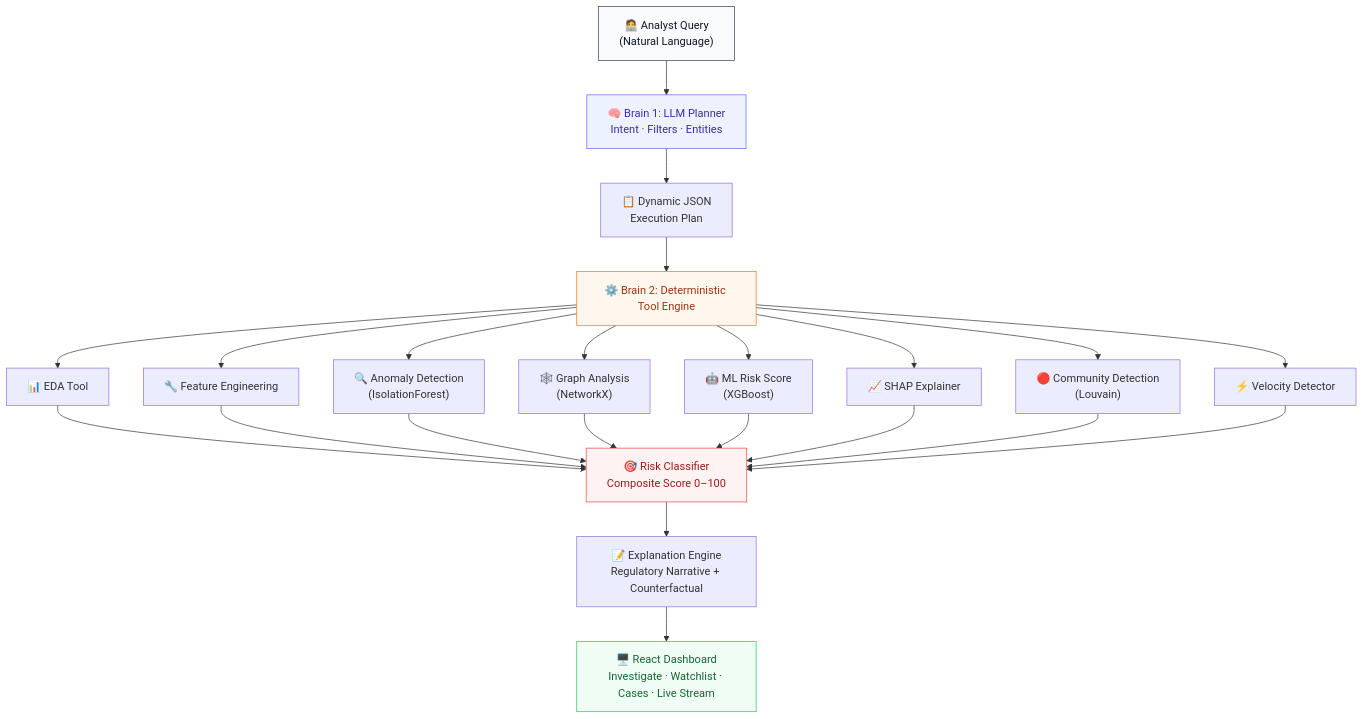
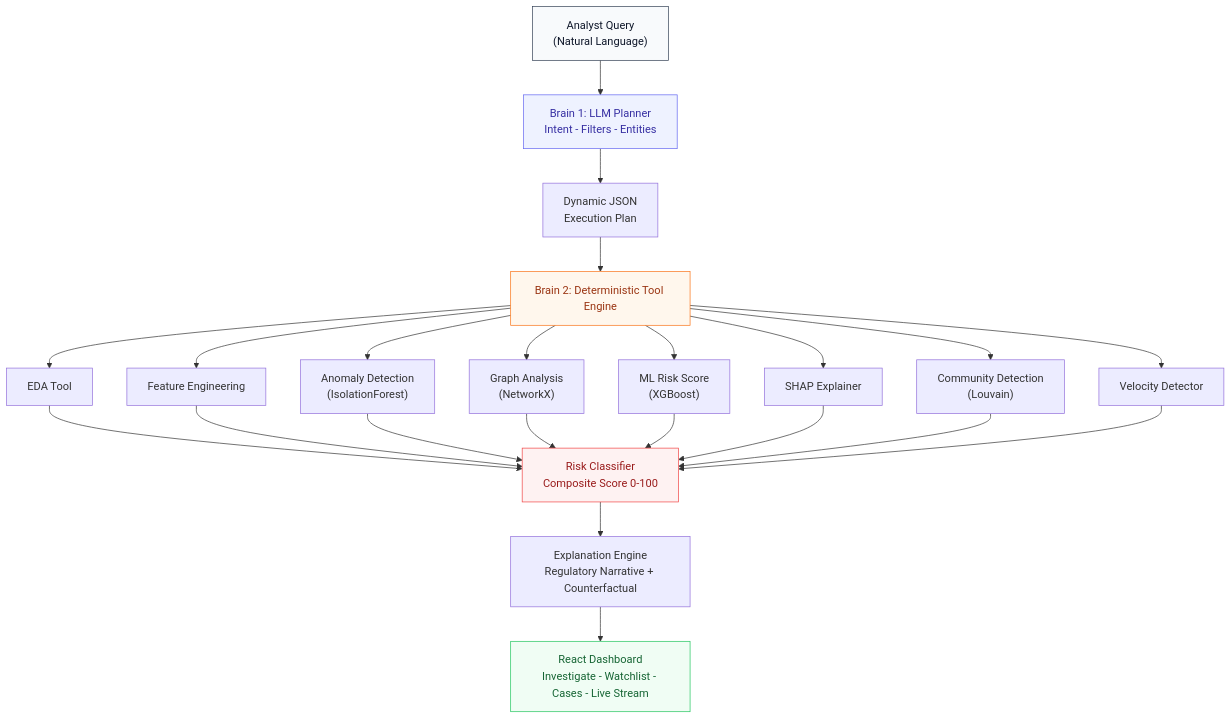
One commit to Aashik1701/FinSherlock-AI changed the first of 2 diagrams in README.md. Above: the diagram before and after it, drawn with Mermaid. The commit also changed other lines of this file, not shown here.

````diff
--- a/README.md
+++ b/README.md
@@ -86,25 +85,25 @@
 ```mermaid
 graph TB
-    A["🧑‍💻 Analyst Query<br/>(Natural Language)"] --> B["🧠 Brain 1: LLM Planner<br/>Intent · Filters · Entities"]
-    B --> C["📋 Dynamic JSON<br/>Execution Plan"]
-    C --> D["⚙️ Brain 2: Deterministic Tool Engine"]
+    A["Analyst Query<br/>(Natural Language)"] --> B["Brain 1: LLM Planner<br/>Intent - Filters - Entities"]
+    B --> C["Dynamic JSON<br/>Execution Plan"]
+    C --> D["Brain 2: Deterministic Tool Engine"]
     
-    D --> E["📊 EDA Tool"]
-    D --> F["🔧 Feature Engineering"]
-    D --> G["🔍 Anomaly Detection<br/>(IsolationForest)"]
-    D --> H["🕸️ Graph Analysis<br/>(NetworkX)"]
-    D --> I["🤖 ML Risk Score<br/>(XGBoost)"]
-    D --> J["📈 SHAP Explainer"]
-    D --> K["🔴 Community Detection<br/>(Louvain)"]
-    D --> L["⚡ Velocity Detector"]
+    D --> E["EDA Tool"]
+    D --> F["Feature Engineering"]
+    D --> G["Anomaly Detection<br/>(IsolationForest)"]
+    D --> H["Graph Analysis<br/>(NetworkX)"]
+    D --> I["ML Risk Score<br/>(XGBoost)"]
+    D --> J["SHAP Explainer"]
+    D --> K["Community Detection<br/>(Louvain)"]
+    D --> L["Velocity Detector"]
     
-    E & F & G & H & I & J & K & L --> M["🎯 Risk Classifier<br/>Composite Score 0–100"]
-    M --> N["📝 Explanation Engine<br/>Regulatory Narrative + Counterfactual"]
-    N --> O["🖥️ React Dashboard<br/>Investigate · Watchlist · Cases · Live Stream"]
+    E & F & G & H & I & J & K & L --> M["Risk Classifier<br/>Composite Score 0-100"]
+    M --> N["Explanation Engine<br/>Regulatory Narrative + Counterfactual"]
+    N --> O["React Dashboard<br/>Investigate - Watchlist - Cases - Live Stream"]
     
     style A fill:#f8fafc,stroke:#334155,color:#0f172a
     style B fill:#eef2ff,stroke:#6366f1,color:#3730a3
     style D fill:#fff7ed,stroke:#f97316,color:#9a3412
     style M fill:#fef2f2,stroke:#ef4444,color:#991b1b
     style O fill:#f0fdf4,stroke:#22c55e,color:#166534
 ```
````
